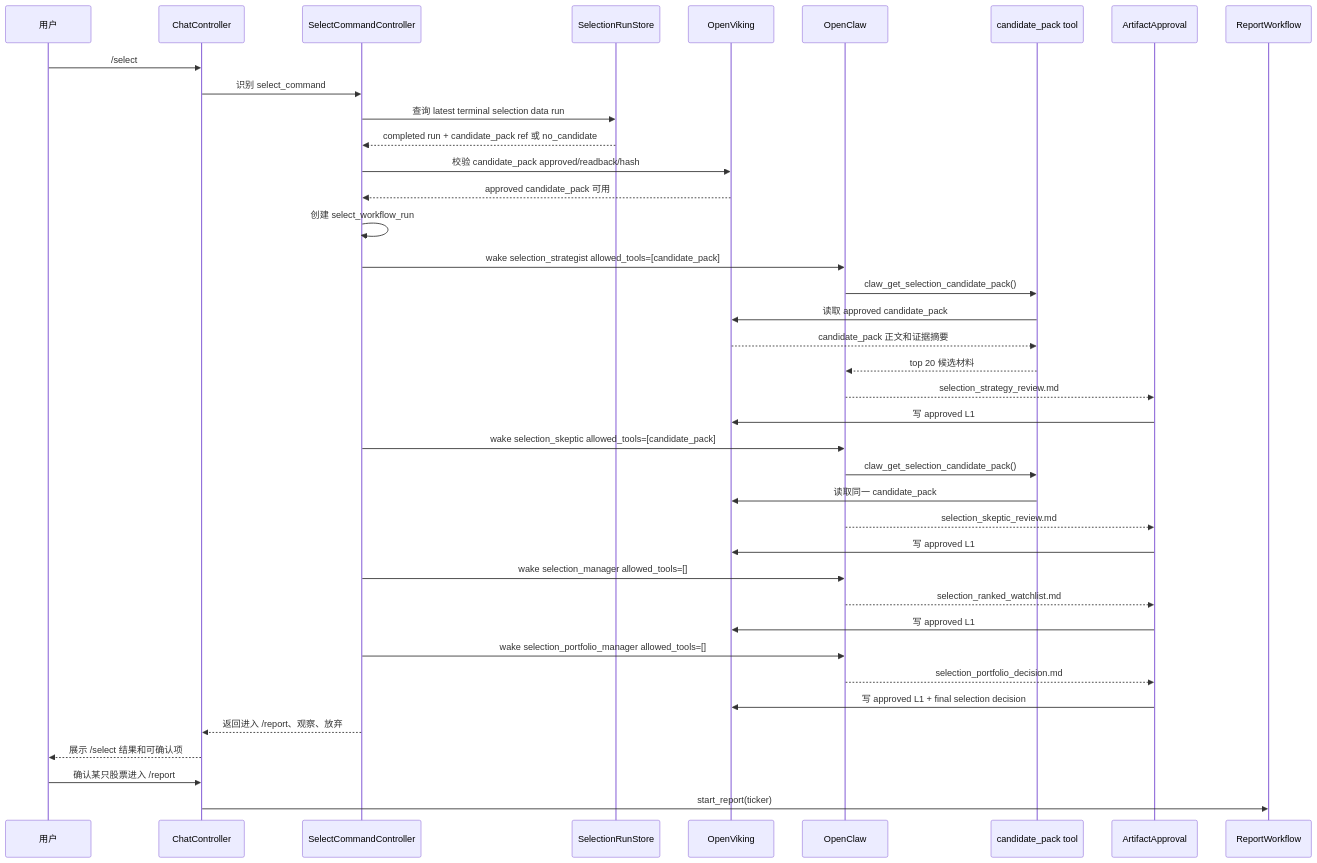
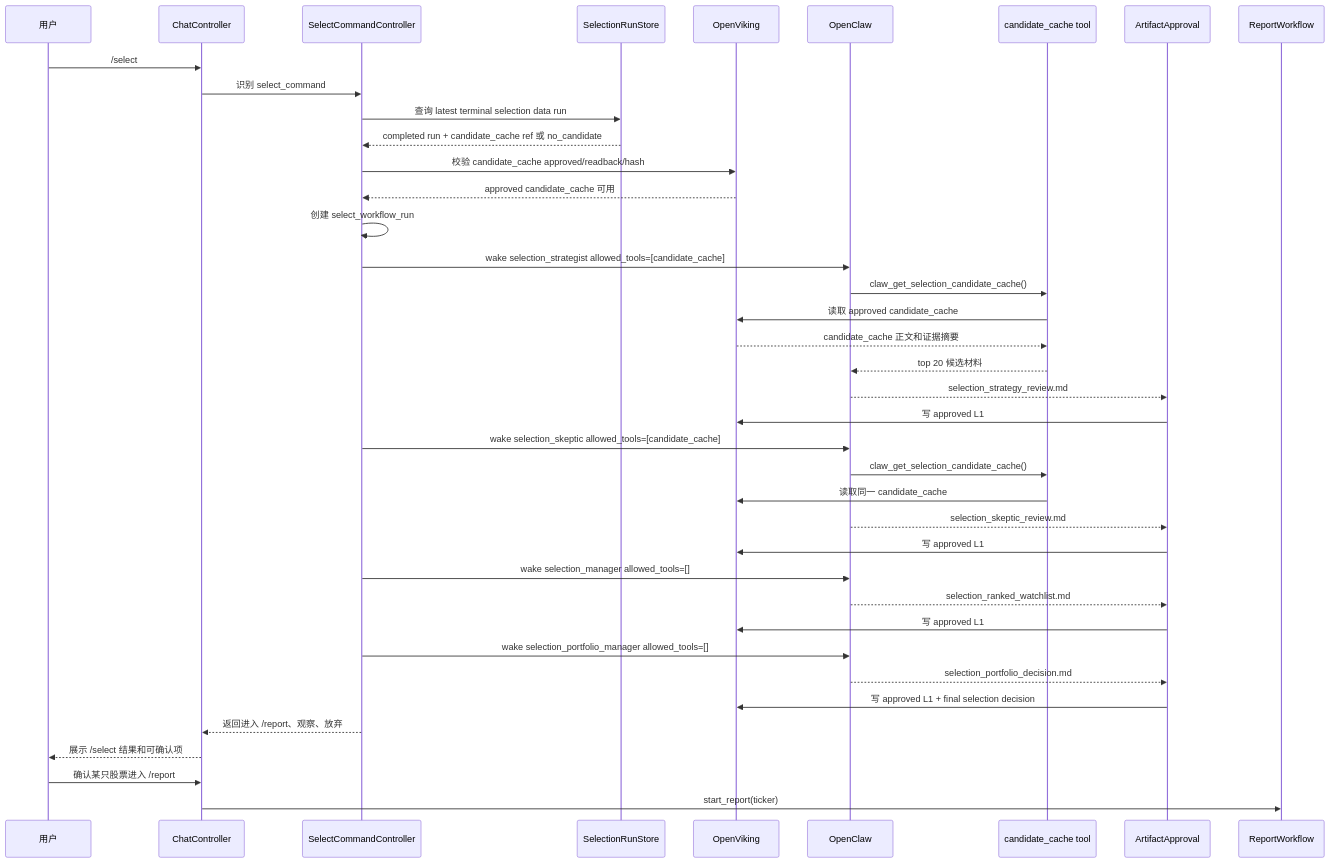
The third of 3 diagrams in docs/A股选股总体设计.md (cflank/claw-trade), drawn with Mermaid before and after one commit. The commit also changed other lines of this file and 2262 other files, not shown here.

````diff
--- a/docs/A股选股总体设计.md
+++ b/docs/A股选股总体设计.md
@@ -505,42 +505,42 @@
 ```mermaid
 sequenceDiagram
   participant U as 用户
   participant Chat as ChatController
   participant Sel as SelectCommandController
   participant Store as SelectionRunStore
   participant OV as OpenViking
   participant OC as OpenClaw
-  participant Tool as candidate_pack tool
+  participant Tool as candidate_cache tool
   participant A as ArtifactApproval
   participant R as ReportWorkflow
 
   U->>Chat: /select
   Chat->>Sel: 识别 select_command
   Sel->>Store: 查询 latest terminal selection data run
-  Store-->>Sel: completed run + candidate_pack ref 或 no_candidate
-  Sel->>OV: 校验 candidate_pack approved/readback/hash
-  OV-->>Sel: approved candidate_pack 可用
+  Store-->>Sel: completed run + candidate_cache ref 或 no_candidate
+  Sel->>OV: 校验 candidate_cache approved/readback/hash
+  OV-->>Sel: approved candidate_cache 可用
   Sel->>Sel: 创建 select_workflow_run
-  Sel->>OC: wake selection_strategist allowed_tools=[candidate_pack]
-  OC->>Tool: claw_get_selection_candidate_pack()
-  Tool->>OV: 读取 approved candidate_pack
-  OV-->>Tool: candidate_pack 正文和证据摘要
+  Sel->>OC: wake selection_strategist allowed_tools=[candidate_cache]
+  OC->>Tool: claw_get_selection_candidate_cache()
+  Tool->>OV: 读取 approved candidate_cache
+  OV-->>Tool: candidate_cache 正文和证据摘要
   Tool-->>OC: top 20 候选材料
   OC-->>A: selection_strategy_review.md
   A->>OV: 写 approved L1
-  Sel->>OC: wake selection_skeptic allowed_tools=[candidate_pack]
-  OC->>Tool: claw_get_selection_candidate_pack()
-  Tool->>OV: 读取同一 candidate_pack
+  Sel->>OC: wake selection_skeptic allowed_tools=[candidate_cache]
+  OC->>Tool: claw_get_selection_candidate_cache()
+  Tool->>OV: 读取同一 candidate_cache
   OC-->>A: selection_skeptic_review.md
   A->>OV: 写 approved L1
   Sel->>OC: wake selection_manager allowed_tools=[]
   OC-->>A: selection_ranked_watchlist.md
   A->>OV: 写 approved L1
   Sel->>OC: wake selection_portfolio_manager allowed_tools=[]
   OC-->>A: selection_portfolio_decision.md
   A->>OV: 写 approved L1 + final selection decision
   Sel-->>Chat: 返回进入 /report、观察、放弃
   Chat-->>U: 展示 /select 结果和可确认项
   U->>Chat: 确认某只股票进入 /report
   Chat->>R: start_report(ticker)
 ```
````
